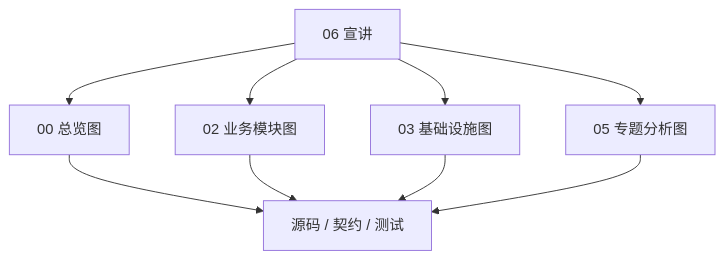
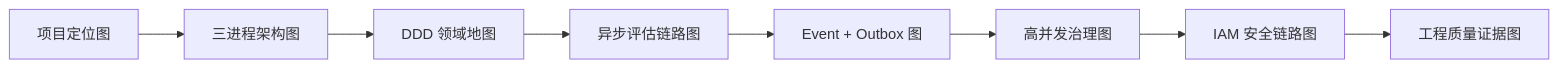
The first of 11 diagrams in docs/06-宣讲/10-架构图素材索引.md (FangcunMount/qs-server), drawn with Mermaid before and after one commit. The commit also changed other lines of this file and 21 other files, not shown here.

````diff
--- a/docs/06-宣讲/10-架构图素材索引.md
+++ b/docs/06-宣讲/10-架构图素材索引.md
@@ -17,11 +44,13 @@
 ```mermaid
-flowchart TB
-    briefing["06 宣讲"] --> overview["00 总览图"]
-    briefing --> business["02 业务模块图"]
-    briefing --> infra["03 基础设施图"]
-    briefing --> topic["05 专题分析图"]
-    overview --> source["源码 / 契约 / 测试"]
-    business --> source
-    infra --> source
-    topic --> source
+flowchart LR
+    A["项目定位图"]
+    B["三进程架构图"]
+    C["DDD 领域地图"]
+    D["异步评估链路图"]
+    E["Event + Outbox 图"]
+    F["高并发治理图"]
+    G["IAM 安全链路图"]
+    H["工程质量证据图"]
+
+    A --> B --> C --> D --> E --> F --> G --> H
 ```
````
